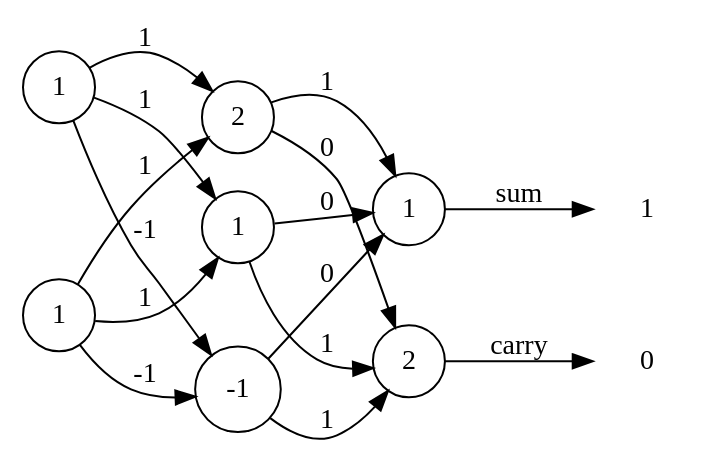
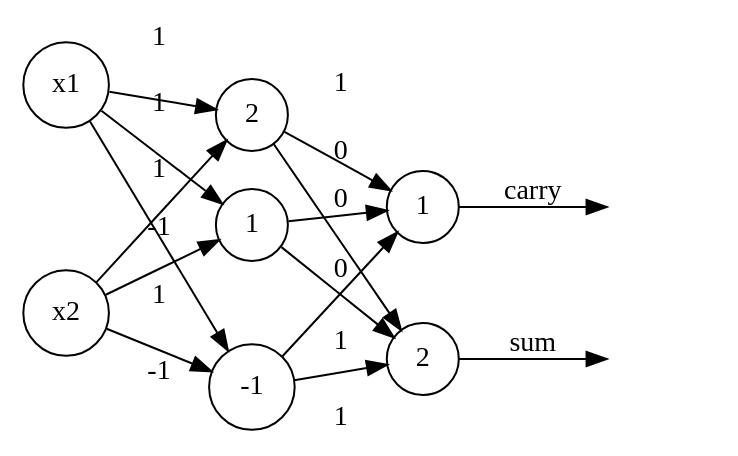
One commit to Finnyy012/MachineLearning changed the diagram in graphviz_renders/perceptron.gv. Above: the diagram before and after it, drawn with Graphviz. The commit also changed 2 other files, not shown here.

```diff
--- a/graphviz_renders/perceptron.gv
+++ b/graphviz_renders/perceptron.gv
@@ -1,26 +1,26 @@
 digraph perceptron {
-	graph [rankdir=LR]
-	0 [label=1 fontname=Consolas shape=circle]
+	graph [layout=dot rankdir=LR splines=line]
+	0 [label=x1 fontname=Consolas shape=circle]
 	0 -> 2 [label=1]
 	0 -> 3 [label=1]
 	0 -> 4 [label=-1]
-	1 [label=1 fontname=Consolas shape=circle]
+	1 [label=x2 fontname=Consolas shape=circle]
 	1 -> 2 [label=1]
 	1 -> 3 [label=1]
 	1 -> 4 [label=-1]
 	2 [label=2 fontname=Consolas shape=circle]
 	2 -> 5 [label=1]
 	2 -> 6 [label=0]
 	3 [label=1 fontname=Consolas shape=circle]
 	3 -> 5 [label=0]
 	3 -> 6 [label=1]
 	4 [label=-1 fontname=Consolas shape=circle]
 	4 -> 5 [label=0]
 	4 -> 6 [label=1]
 	5 [label=1 fontname=Consolas shape=circle]
-	-1 [label=1 shape=none]
-	5 -> -1 [label=sum]
+	-1 [label=" " shape=none]
+	5 -> -1 [label=carry]
 	6 [label=2 fontname=Consolas shape=circle]
-	-2 [label=0 shape=none]
-	6 -> -2 [label=carry]
+	-2 [label=" " shape=none]
+	6 -> -2 [label=sum]
 }
```
